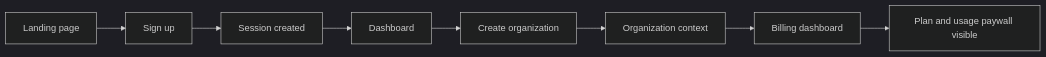
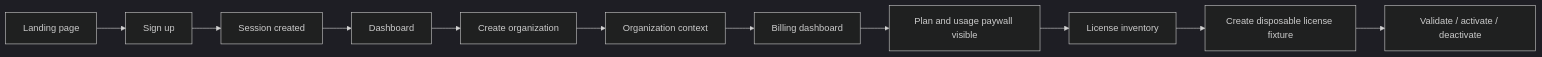
Before and after one commit to nocturnalismee/web-license-manager: the diagram in docs/development/critical-journey.md, drawn with Mermaid (dark theme). The commit also changed other lines of this file and 10 other files, not shown here.

````diff
--- a/docs/development/critical-journey.md
+++ b/docs/development/critical-journey.md
@@ -7,10 +7,13 @@
 ```mermaid
 flowchart LR
   A[Landing page] --> B[Sign up]
   B --> C[Session created]
   C --> D[Dashboard]
   D --> E[Create organization]
   E --> F[Organization context]
   F --> G[Billing dashboard]
   G --> H[Plan and usage paywall visible]
+  H --> I[License inventory]
+  I --> J[Create disposable license fixture]
+  J --> K[Validate / activate / deactivate]
 ```
````
